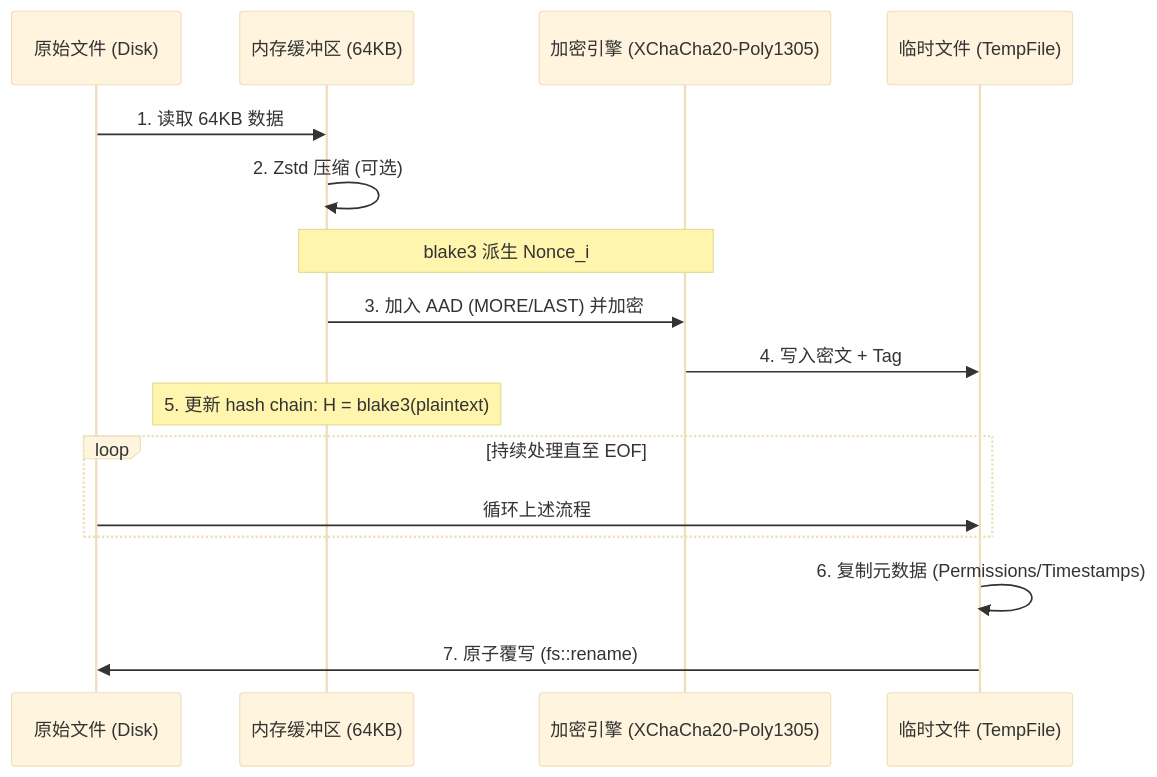
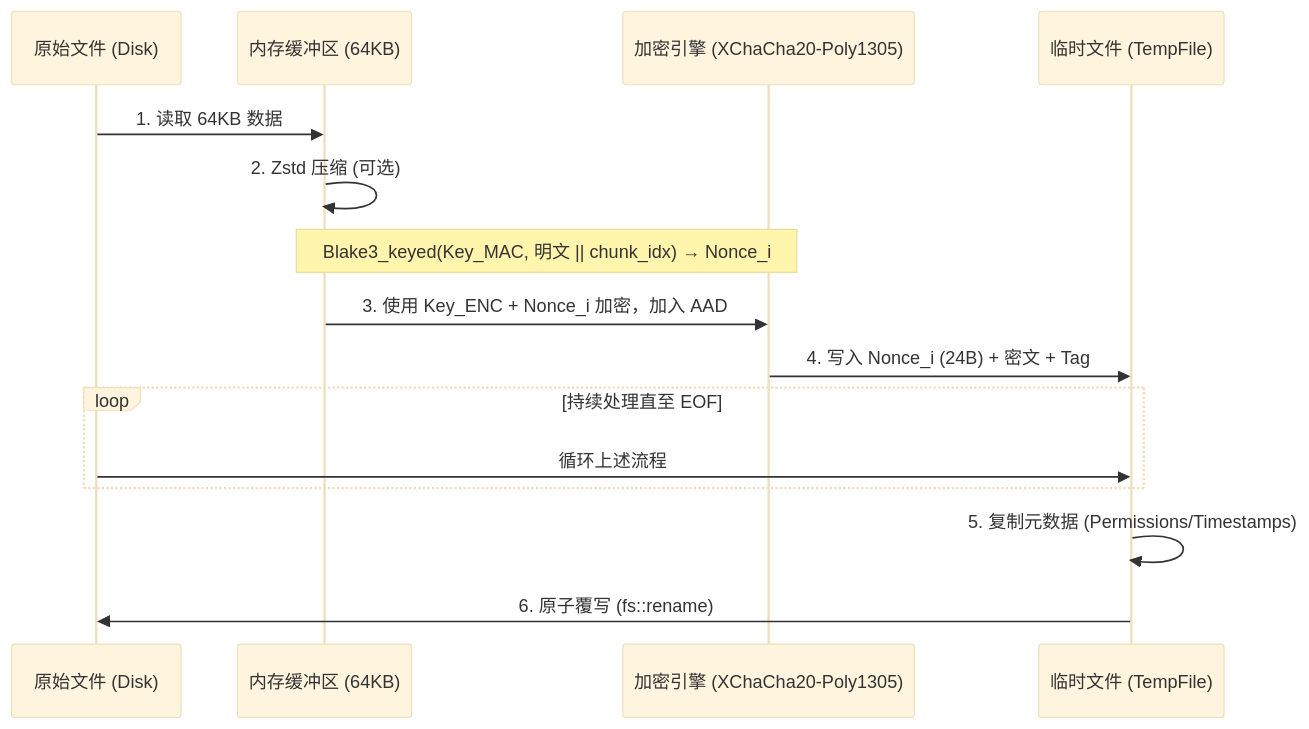
The diagram in docs/README_zh-CN.md (lxl66566/git-simple-encrypt), drawn with Mermaid (base theme) before and after one commit. The commit also changed other lines of this file and 5 other files, not shown here.

Commit message:
feat: nonce opt, do not relies on previous block; aad opt

````diff
--- a/docs/README_zh-CN.md
+++ b/docs/README_zh-CN.md
@@ -92,19 +92,18 @@
 ```mermaid
 sequenceDiagram
     participant F as 原始文件 (Disk)
     participant M as 内存缓冲区 (64KB)
     participant E as 加密引擎 (XChaCha20-Poly1305)
     participant T as 临时文件 (TempFile)
 
     F->>M: 1. 读取 64KB 数据
     M->>M: 2. Zstd 压缩 (可选)
-    Note over M,E: blake3 派生 Nonce_i
-    M->>E: 3. 加入 AAD (MORE/LAST) 并加密
-    E->>T: 4. 写入密文 + Tag
-    Note over M: 5. 更新 hash chain: H = blake3(plaintext)
+    Note over M,E: Blake3_keyed(Key_MAC, 明文 || chunk_idx) → Nonce_i
+    M->>E: 3. 使用 Key_ENC + Nonce_i 加密，加入 AAD
+    E->>T: 4. 写入 Nonce_i (24B) + 密文 + Tag
     loop 持续处理直至 EOF
         F->>T: 循环上述流程
     end
-    T->>T: 6. 复制元数据 (Permissions/Timestamps)
-    T->>F: 7. 原子覆写 (fs::rename)
+    T->>T: 5. 复制元数据 (Permissions/Timestamps)
+    T->>F: 6. 原子覆写 (fs::rename)
 ```
````
